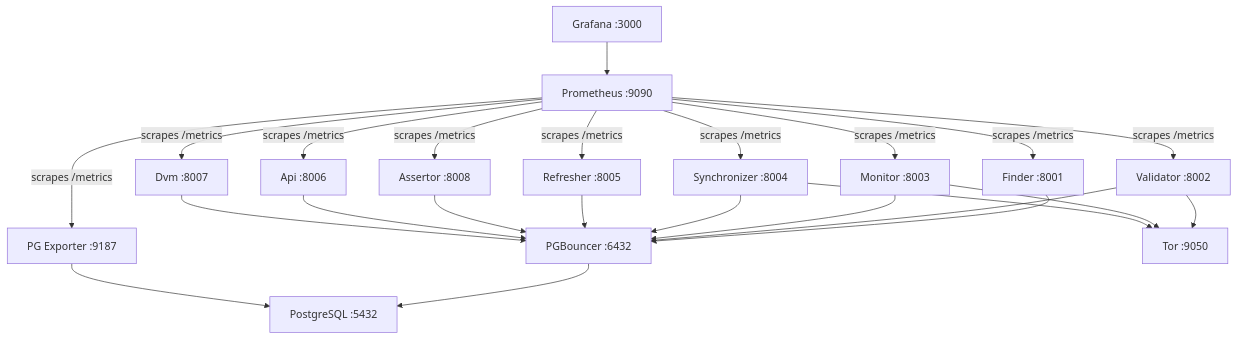
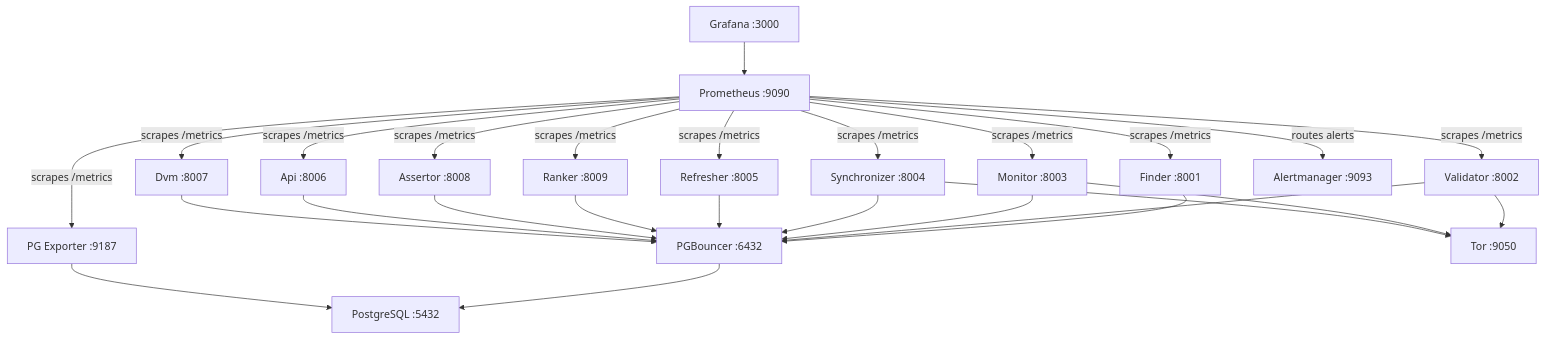
The diagram in docs/how-to/docker-deploy.md (BigBrotr/bigbrotr), drawn with Mermaid before and after one commit. The commit also changed other lines of this file and 11 other files, not shown here.

````diff
--- a/docs/how-to/docker-deploy.md
+++ b/docs/how-to/docker-deploy.md
@@ -86,26 +92,29 @@
 ```mermaid
 graph TD
     Grafana["Grafana :3000"] --> Prometheus["Prometheus :9090"]
     Prometheus -->|scrapes /metrics| Finder["Finder :8001"]
     Prometheus -->|scrapes /metrics| Validator["Validator :8002"]
     Prometheus -->|scrapes /metrics| Monitor["Monitor :8003"]
     Prometheus -->|scrapes /metrics| Synchronizer["Synchronizer :8004"]
     Prometheus -->|scrapes /metrics| Refresher["Refresher :8005"]
+    Prometheus -->|scrapes /metrics| Ranker["Ranker :8009"]
     Prometheus -->|scrapes /metrics| Api["Api :8006"]
     Prometheus -->|scrapes /metrics| Dvm["Dvm :8007"]
     Prometheus -->|scrapes /metrics| Assertor["Assertor :8008"]
     Prometheus -->|scrapes /metrics| PGExporter["PG Exporter :9187"]
+    Prometheus -->|routes alerts| Alertmanager["Alertmanager :9093"]
     Finder --> PGBouncer["PGBouncer :6432"]
     Validator --> PGBouncer
     Monitor --> PGBouncer
     Synchronizer --> PGBouncer
     Refresher --> PGBouncer
+    Ranker --> PGBouncer
     Assertor --> PGBouncer
     Api --> PGBouncer
     Dvm --> PGBouncer
     PGBouncer --> PostgreSQL["PostgreSQL :5432"]
     PGExporter --> PostgreSQL
     Validator --> Tor["Tor :9050"]
     Monitor --> Tor
     Synchronizer --> Tor
 ```
````
